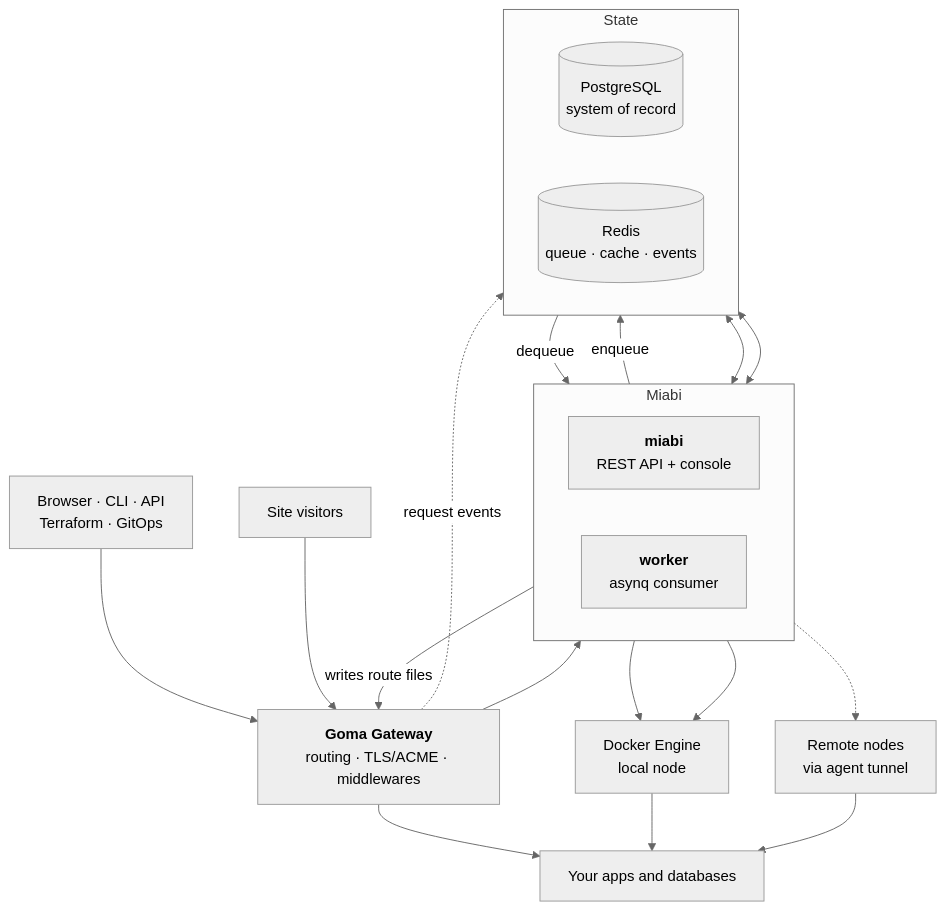
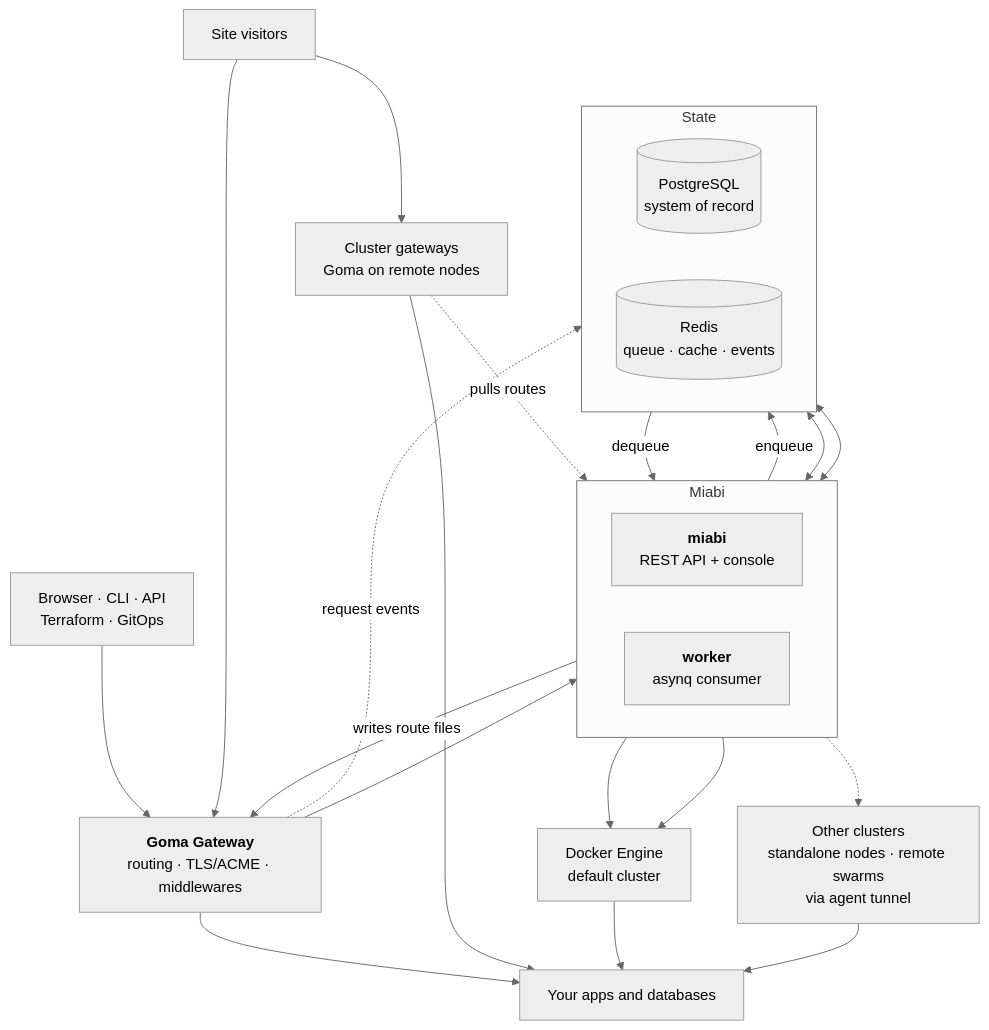
The diagram in docs/architecture/overview.md (miabi-io/docs), drawn with Mermaid (neutral theme) before and after one commit. The commit also changed other lines of this file and 2 other files, not shown here.

Commit message:
docs(architecture): one control plane, many clusters

````diff
--- a/docs/architecture/overview.md
+++ b/docs/architecture/overview.md
@@ -13,40 +13,44 @@
 ```mermaid
 flowchart TB
     Client["Browser · CLI · API<br/>Terraform · GitOps"]
     Visitor["Site visitors"]
     Goma["<b>Goma Gateway</b><br/>routing · TLS/ACME · middlewares"]
 
     subgraph miabi["Miabi"]
         direction LR
         Server["<b>miabi</b><br/>REST API + console"]
         Worker["<b>worker</b><br/>asynq consumer"]
     end
 
     subgraph state["State"]
         direction LR
         PG[("PostgreSQL<br/>system of record")]
         Redis[("Redis<br/>queue · cache · events")]
     end
 
-    Docker["Docker Engine<br/>local node"]
-    Nodes["Remote nodes<br/>via agent tunnel"]
+    Docker["Docker Engine<br/>default cluster"]
+    Nodes["Other clusters<br/>standalone nodes · remote swarms<br/>via agent tunnel"]
+    Edge["Cluster gateways<br/>Goma on remote nodes"]
     Apps["Your apps and databases"]
 
     Client --> Goma
     Visitor --> Goma
+    Visitor --> Edge
     Goma --> Server
     Goma --> Apps
+    Edge --> Apps
     Server -- writes route files --> Goma
+    Edge -. pulls routes .-> Server
     Goma -. request events .-> Redis
 
     Server -- enqueue --> Redis
     Redis -- dequeue --> Worker
     Server <--> PG
     Worker <--> PG
 
     Server --> Docker
     Worker --> Docker
     Worker -.-> Nodes
     Docker --> Apps
     Nodes --> Apps
 ```
````
